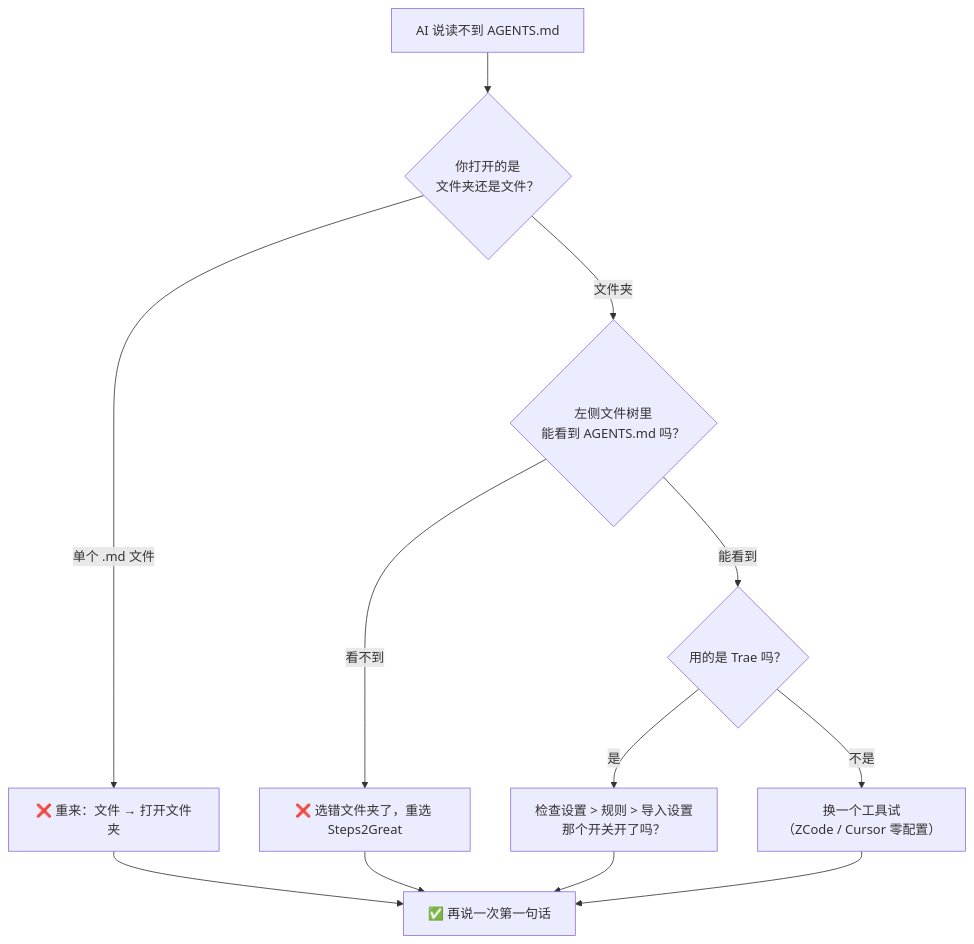
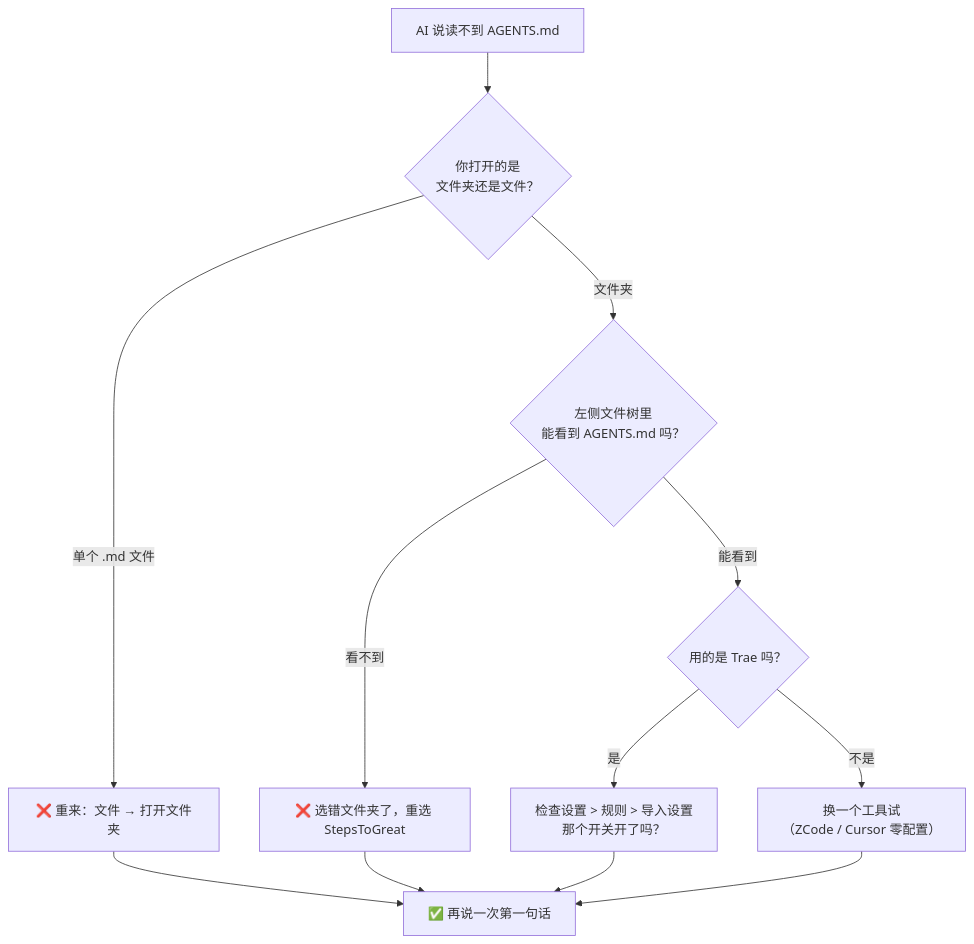
The third of 3 diagrams in 教程/界面示意图.md (wildcat430524/StepsToGreat), drawn with Mermaid before and after one commit. The commit also changed other lines of this file and 32 other files, not shown here.

First line of the commit message:
revert: 撤销改名，项目名恢复为 StepsToGreat

````diff
--- a/教程/界面示意图.md
+++ b/教程/界面示意图.md
@@ -338,14 +338,14 @@
 ```mermaid
 flowchart TD
     P["AI 说读不到 AGENTS.md"] --> Q1{"你打开的是<br/>文件夹还是文件？"}
     Q1 -->|"单个 .md 文件"| A1["❌ 重来：文件 → 打开文件夹"]
     Q1 -->|"文件夹"| Q2{"左侧文件树里<br/>能看到 AGENTS.md 吗？"}
-    Q2 -->|"看不到"| A2["❌ 选错文件夹了，重选 Steps2Great"]
+    Q2 -->|"看不到"| A2["❌ 选错文件夹了，重选 StepsToGreat"]
     Q2 -->|"能看到"| Q3{"用的是 Trae 吗？"}
     Q3 -->|"是"| A3["检查设置 > 规则 > 导入设置<br/>那个开关开了吗？"]
     Q3 -->|"不是"| A4["换一个工具试<br/>（ZCode / Cursor 零配置）"]
     A1 --> OK["✅ 再说一次第一句话"]
     A2 --> OK
     A3 --> OK
     A4 --> OK
 ```
````
